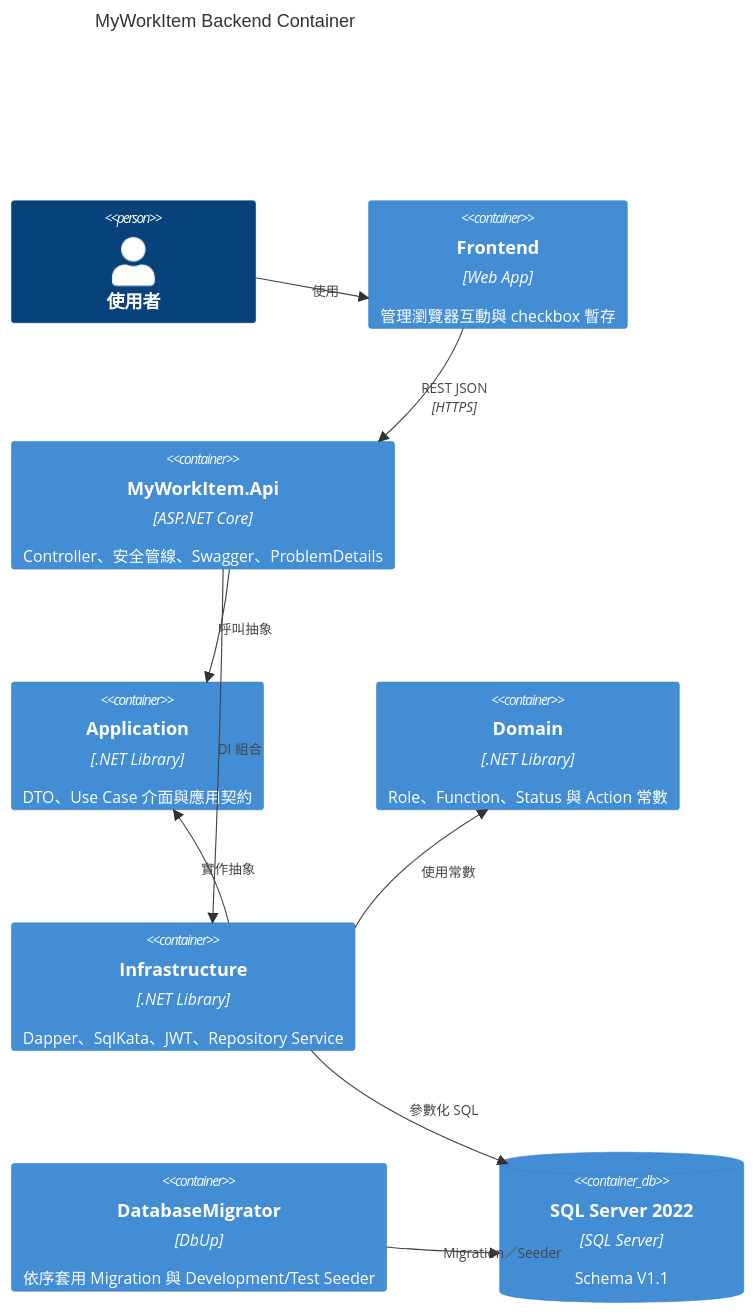
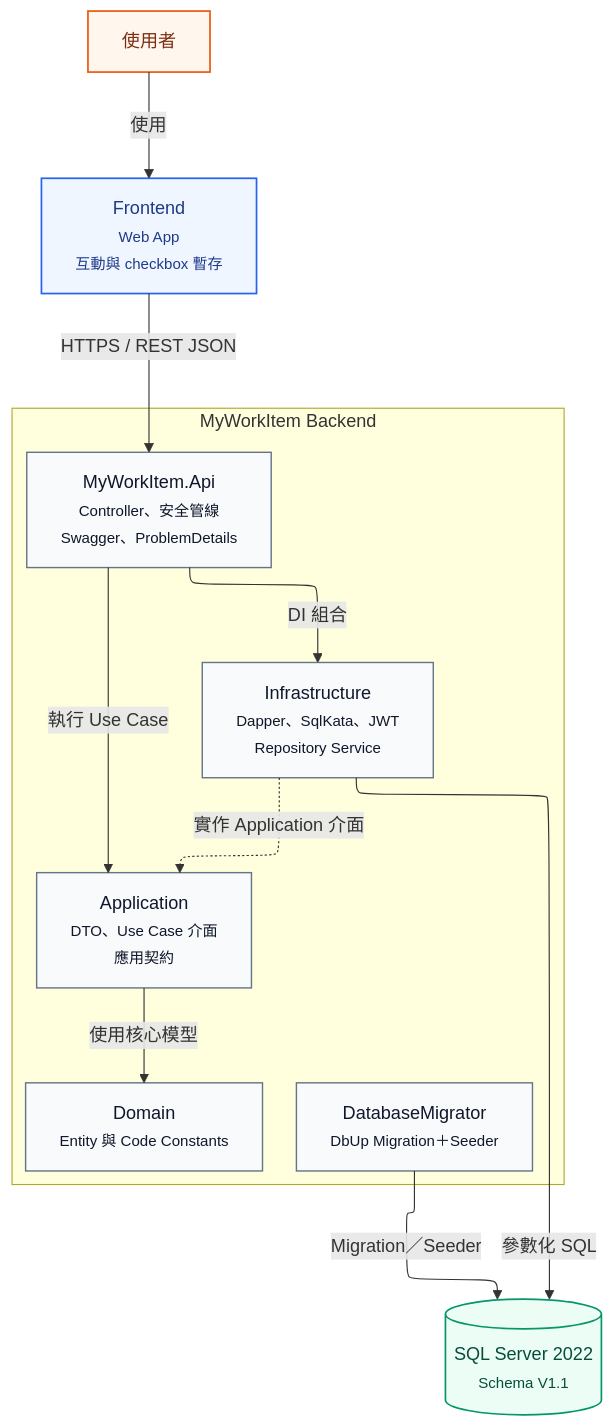
One commit to JJDing-Louis/MyWorkItem_Backend changed the second of 2 diagrams in docs/Architecture.md. Above: the diagram before and after it, drawn with Mermaid. The commit also changed other lines of this file and 3 other files, not shown here.

Commit message:
docs: 更新系統圖表與 API 文件

````diff
--- a/docs/Architecture.md
+++ b/docs/Architecture.md
@@ -24,21 +35,34 @@
 ```mermaid
-C4Container
-    title MyWorkItem Backend Container
-    Person(user, "使用者")
-    Container(frontend, "Frontend", "Web App", "管理瀏覽器互動與 checkbox 暫存")
-    Container(api, "MyWorkItem.Api", "ASP.NET Core", "Controller、安全管線、Swagger、ProblemDetails")
-    Container(application, "Application", ".NET Library", "DTO、Use Case 介面與應用契約")
-    Container(domain, "Domain", ".NET Library", "Role、Function、Status 與 Action 常數")
-    Container(infrastructure, "Infrastructure", ".NET Library", "Dapper、SqlKata、JWT、Repository Service")
-    Container(migrator, "DatabaseMigrator", "DbUp", "依序套用 Migration 與 Development/Test Seeder")
-    ContainerDb(sqlserver, "SQL Server 2022", "SQL Server", "Schema V1.1")
+%%{init: {"flowchart": {"defaultRenderer": "elk", "nodeSpacing": 55, "rankSpacing": 80}}}%%
+flowchart TD
+    user["使用者"] -->|"使用"| frontend["Frontend<br/><small>Web App<br/>互動與 checkbox 暫存</small>"]
 
-    Rel(user, frontend, "使用")
-    Rel(frontend, api, "REST JSON", "HTTPS")
-    Rel(api, application, "呼叫抽象")
-    Rel(api, infrastructure, "DI 組合")
-    Rel(infrastructure, application, "實作抽象")
-    Rel(infrastructure, domain, "使用常數")
-    Rel(infrastructure, sqlserver, "參數化 SQL")
-    Rel(migrator, sqlserver, "Migration／Seeder")
+    subgraph backend["MyWorkItem Backend"]
+        direction TD
+        api["MyWorkItem.Api<br/><small>Controller、安全管線<br/>Swagger、ProblemDetails</small>"]
+        application["Application<br/><small>DTO、Use Case 介面<br/>應用契約</small>"]
+        infrastructure["Infrastructure<br/><small>Dapper、SqlKata、JWT<br/>Repository Service</small>"]
+        domain["Domain<br/><small>Entity 與 Code Constants</small>"]
+        migrator["DatabaseMigrator<br/><small>DbUp Migration＋Seeder</small>"]
+
+        api -->|"執行 Use Case"| application
+        application -->|"使用核心模型"| domain
+        api -->|"DI 組合"| infrastructure
+        infrastructure -.->|"實作 Application 介面"| application
+    end
+
+    sqlserver[("SQL Server 2022<br/><small>Schema V1.1</small>")]
+
+    frontend -->|"HTTPS / REST JSON"| api
+    infrastructure -->|"參數化 SQL"| sqlserver
+    migrator -->|"Migration／Seeder"| sqlserver
+
+    classDef actor fill:#FFF7ED,stroke:#EA580C,color:#7C2D12,stroke-width:1.5px;
+    classDef boundary fill:#EFF6FF,stroke:#2563EB,color:#1E3A8A,stroke-width:1.5px;
+    classDef component fill:#F8FAFC,stroke:#64748B,color:#0F172A,stroke-width:1.25px;
+    classDef storage fill:#ECFDF5,stroke:#059669,color:#064E3B,stroke-width:1.5px;
+    class user actor;
+    class frontend boundary;
+    class api,application,infrastructure,domain,migrator component;
+    class sqlserver storage;
 ```
````
